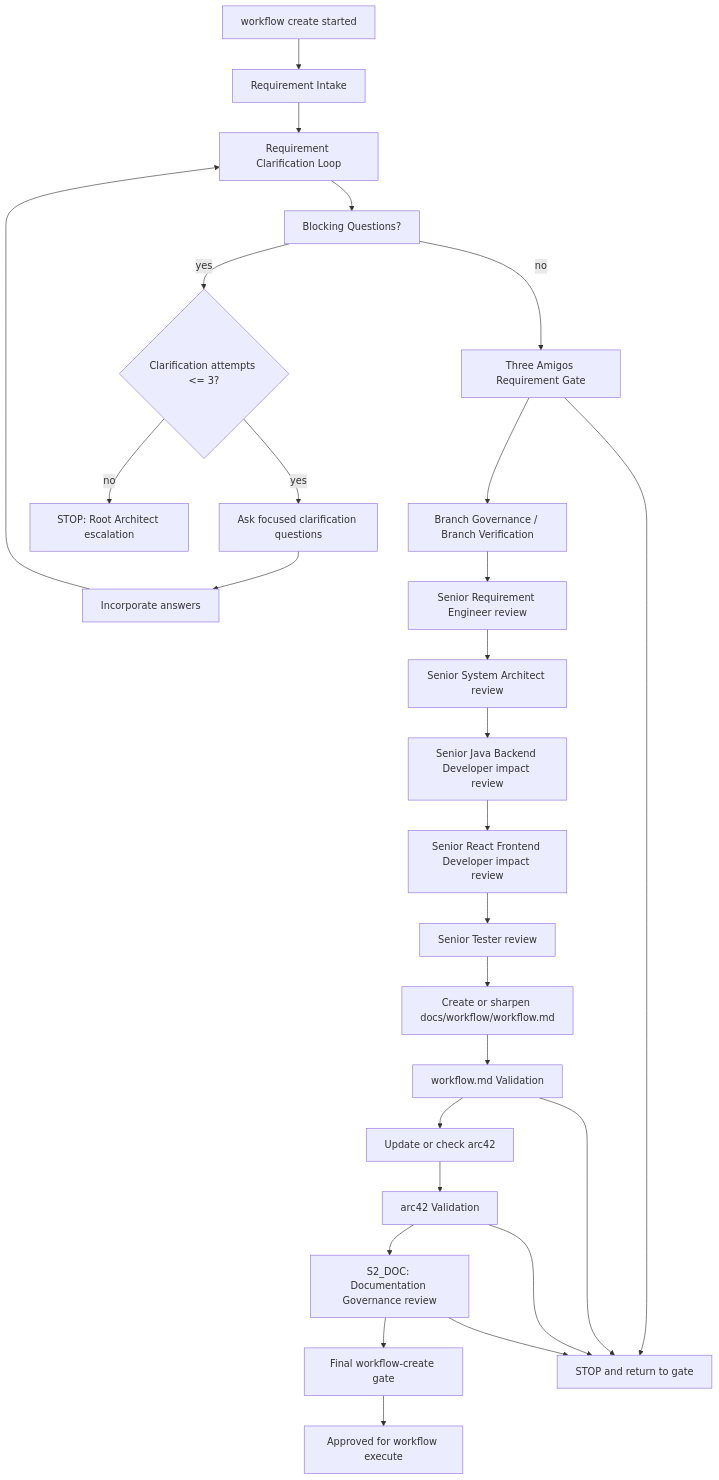
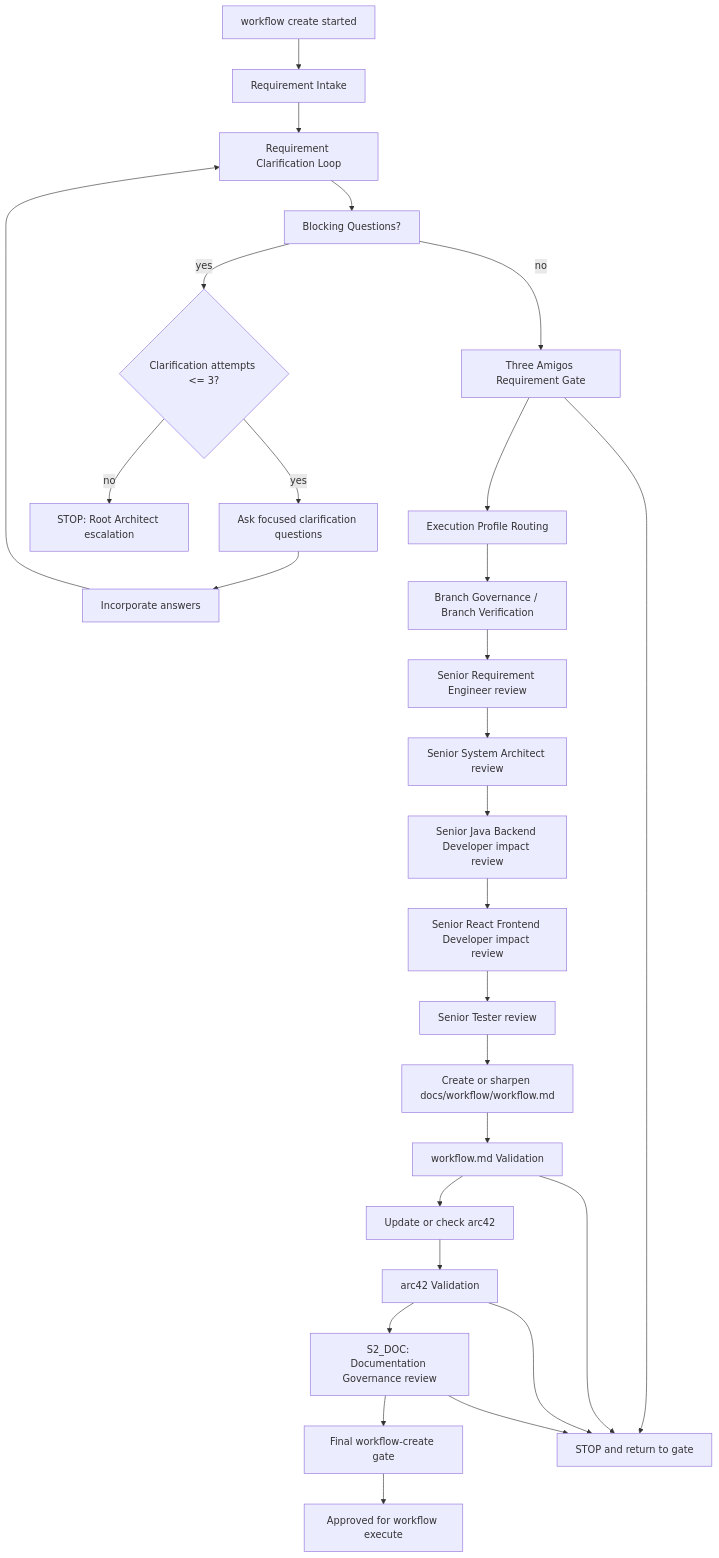
One commit to MatthiasBurger-Coder/forensic_analytics changed the diagram in docs/process/workflow-create.md. Above: the diagram before and after it, drawn with Mermaid. The commit also changed other lines of this file and 7 other files, not shown here.

Commit message:
docs(workflow): add execution profile routing

````diff
--- a/docs/process/workflow-create.md
+++ b/docs/process/workflow-create.md
@@ -17,36 +17,37 @@
 ```mermaid
 flowchart TD
   Start["workflow create started"]
   Intake["Requirement Intake"]
   Clarify["Requirement Clarification Loop"]
   Blocking["Blocking Questions?"]
   Retry{"Clarification attempts <= 3?"}
   Ask["Ask focused clarification questions"]
   Incorporate["Incorporate answers"]
   Escalate["STOP: Root Architect escalation"]
   Gate["Three Amigos Requirement Gate"]
+  Profile["Execution Profile Routing"]
   Branch["Branch Governance / Branch Verification"]
   Req["Senior Requirement Engineer review"]
   Arch["Senior System Architect review"]
   Java["Senior Java Backend Developer impact review"]
   React["Senior React Frontend Developer impact review"]
   Tester["Senior Tester review"]
   Workflow["Create or sharpen docs/workflow/workflow.md"]
   WorkflowCheck["workflow.md Validation"]
   Arc42["Update or check arc42"]
   Arc42Check["arc42 Validation"]
   Docs["S2_DOC: Documentation Governance review"]
   Final["Final workflow-create gate"]
   Approved["Approved for workflow execute"]
   Stop["STOP and return to gate"]
 
   Start --> Intake --> Clarify --> Blocking
   Blocking -->|yes| Retry
   Retry -->|yes| Ask --> Incorporate --> Clarify
   Retry -->|no| Escalate
-  Blocking -->|no| Gate --> Branch --> Req --> Arch --> Java --> React --> Tester --> Workflow --> WorkflowCheck --> Arc42 --> Arc42Check --> Docs --> Final --> Approved
+  Blocking -->|no| Gate --> Profile --> Branch --> Req --> Arch --> Java --> React --> Tester --> Workflow --> WorkflowCheck --> Arc42 --> Arc42Check --> Docs --> Final --> Approved
   Gate --> Stop
   WorkflowCheck --> Stop
   Arc42Check --> Stop
   Docs --> Stop
 ```
````
